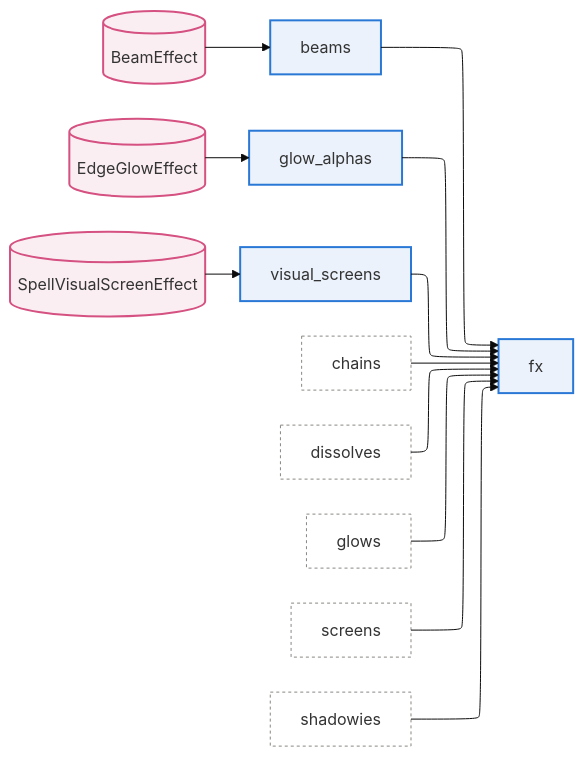
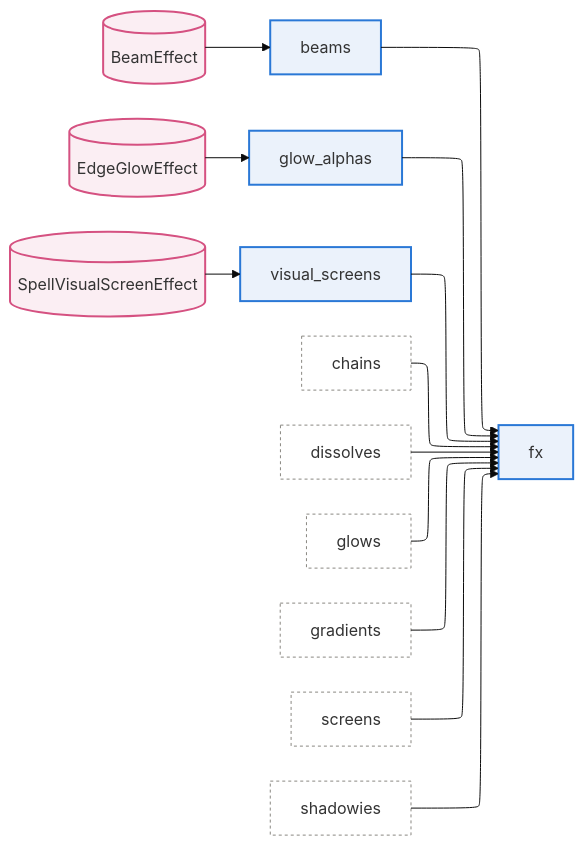
Diagram 25 of 32 in docs/reference/routes.md (Natans8/Epsilook), drawn with Mermaid (base theme) before and after one commit. The commit also changed other lines of this file and 68 other files, not shown here.

````diff
--- a/docs/reference/routes.md
+++ b/docs/reference/routes.md
@@ -1413,38 +1419,40 @@
 ```mermaid
 ---
 config:
   layout: elk
 ---
 flowchart LR
     f_fx[fx]
     f_beams[beams]
     f_glow_alphas[glow_alphas]
     f_visual_screens[visual_screens]
     t_BeamEffect[(BeamEffect)]
     f_chains[chains]
     f_dissolves[dissolves]
     t_EdgeGlowEffect[(EdgeGlowEffect)]
     f_glows[glows]
+    f_gradients[gradients]
     f_screens[screens]
     f_shadowies[shadowies]
     t_SpellVisualScreenEffect[(SpellVisualScreenEffect)]
     f_beams --> f_fx
     t_BeamEffect --> f_beams
     f_chains --> f_fx
     f_dissolves --> f_fx
     f_glow_alphas --> f_fx
     t_EdgeGlowEffect --> f_glow_alphas
     f_glows --> f_fx
+    f_gradients --> f_fx
     f_screens --> f_fx
     f_shadowies --> f_fx
     f_visual_screens --> f_fx
     t_SpellVisualScreenEffect --> f_visual_screens
     classDef table fill:#d5518118,stroke:#d55181,stroke-width:2px
     classDef server fill:#d5518118,stroke:#d55181,stroke-width:2px,stroke-dasharray:5 3
     classDef field fill:#2a78d618,stroke:#2a78d6,stroke-width:2px
     classDef elsewhere fill:none,stroke:#898781,stroke-width:1px,stroke-dasharray:3 3
     classDef section fill:#c9850018,stroke:#c98500,stroke-width:2px
     class f_fx,f_beams,f_glow_alphas,f_visual_screens field
     class t_BeamEffect,t_EdgeGlowEffect,t_SpellVisualScreenEffect table
-    class f_chains,f_dissolves,f_glows,f_screens,f_shadowies elsewhere
+    class f_chains,f_dissolves,f_glows,f_gradients,f_screens,f_shadowies elsewhere
 ```
````
